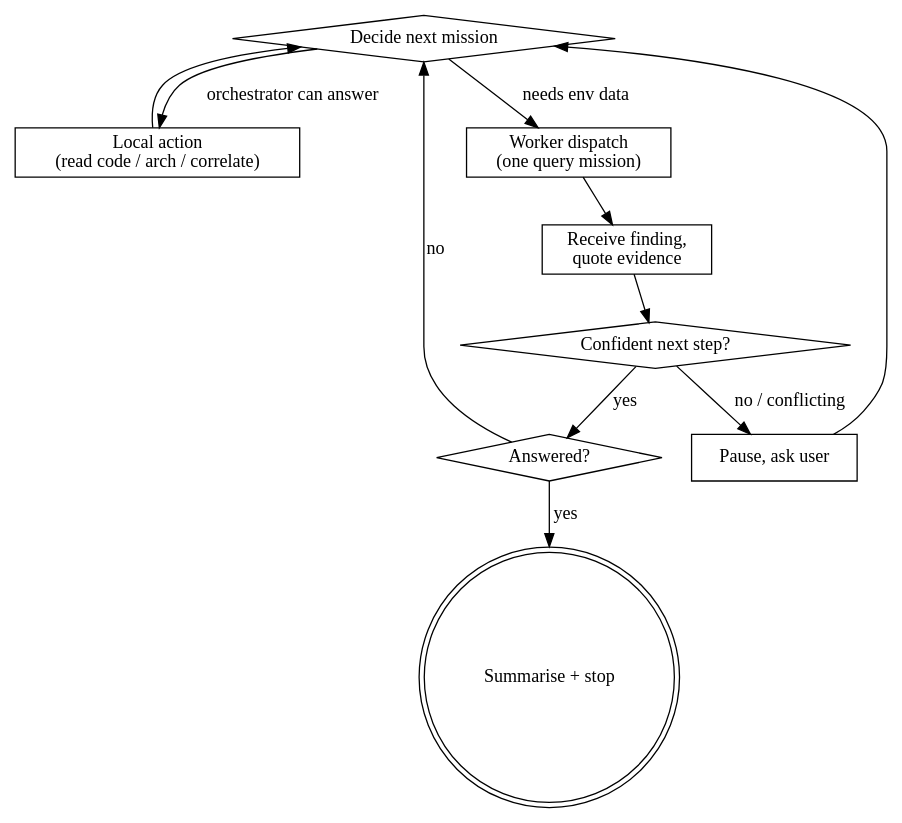
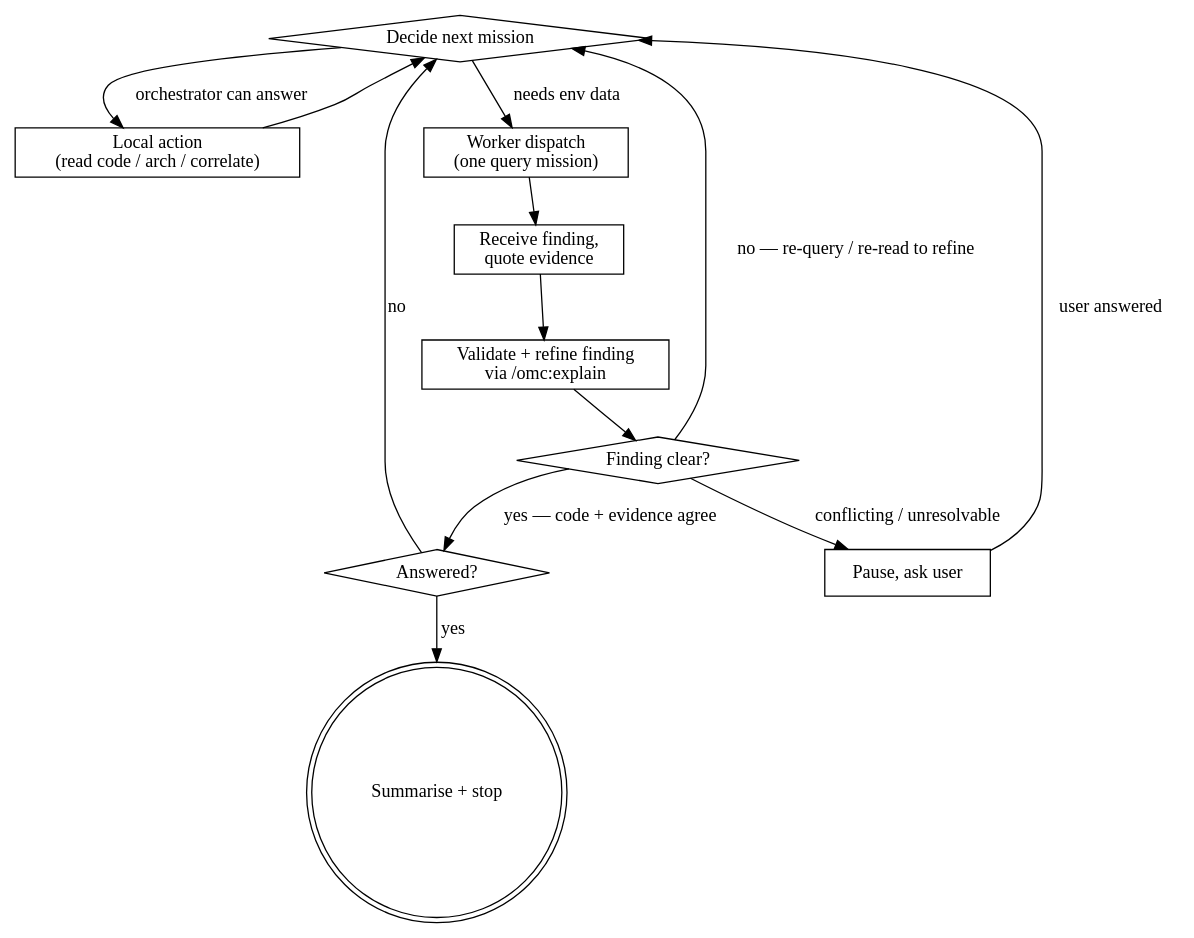
One commit to chris-husse/oh-my-clanker changed the diagram in skills/investigate/SKILL.md. Above: the diagram before and after it, drawn with Graphviz. The commit also changed other lines of this file and 4 other files, not shown here.

````diff
--- a/skills/investigate/SKILL.md
+++ b/skills/investigate/SKILL.md
@@ -127,23 +127,26 @@
 ```dot
 digraph investigate_loop {
   "Decide next mission" [shape=diamond];
   "Local action\n(read code / arch / correlate)" [shape=box];
   "Worker dispatch\n(one query mission)" [shape=box];
   "Receive finding,\nquote evidence" [shape=box];
-  "Confident next step?" [shape=diamond];
+  "Validate + refine finding\nvia /omc:explain" [shape=box];
+  "Finding clear?" [shape=diamond];
   "Answered?" [shape=diamond];
   "Summarise + stop" [shape=doublecircle];
   "Pause, ask user" [shape=box];
 
   "Decide next mission" -> "Local action\n(read code / arch / correlate)" [label="orchestrator can answer"];
   "Decide next mission" -> "Worker dispatch\n(one query mission)" [label="needs env data"];
   "Local action\n(read code / arch / correlate)" -> "Decide next mission";
   "Worker dispatch\n(one query mission)" -> "Receive finding,\nquote evidence";
-  "Receive finding,\nquote evidence" -> "Confident next step?";
-  "Confident next step?" -> "Answered?" [label="yes"];
-  "Confident next step?" -> "Pause, ask user" [label="no / conflicting"];
-  "Pause, ask user" -> "Decide next mission";
+  "Receive finding,\nquote evidence" -> "Validate + refine finding\nvia /omc:explain";
+  "Validate + refine finding\nvia /omc:explain" -> "Finding clear?";
+  "Finding clear?" -> "Answered?" [label="yes — code + evidence agree"];
+  "Finding clear?" -> "Decide next mission" [label="no — re-query / re-read to refine"];
+  "Finding clear?" -> "Pause, ask user" [label="conflicting / unresolvable"];
+  "Pause, ask user" -> "Decide next mission" [label="user answered"];
   "Answered?" -> "Summarise + stop" [label="yes"];
   "Answered?" -> "Decide next mission" [label="no"];
 }
 ```
````
